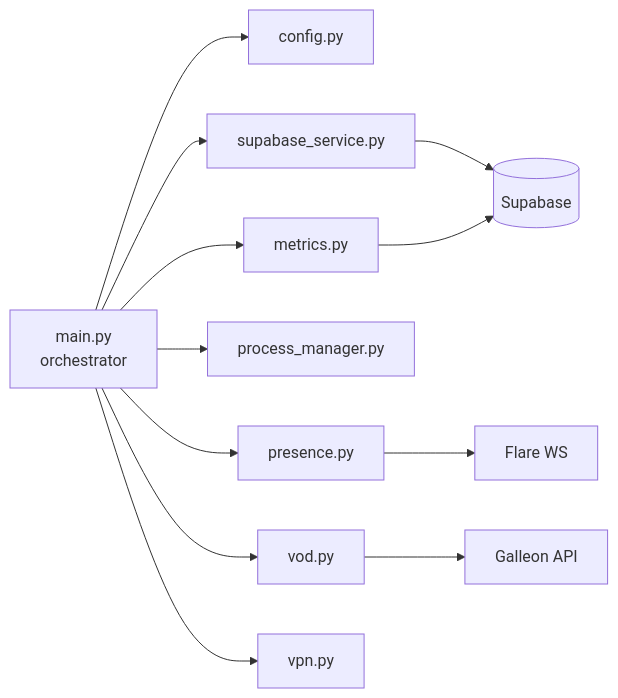
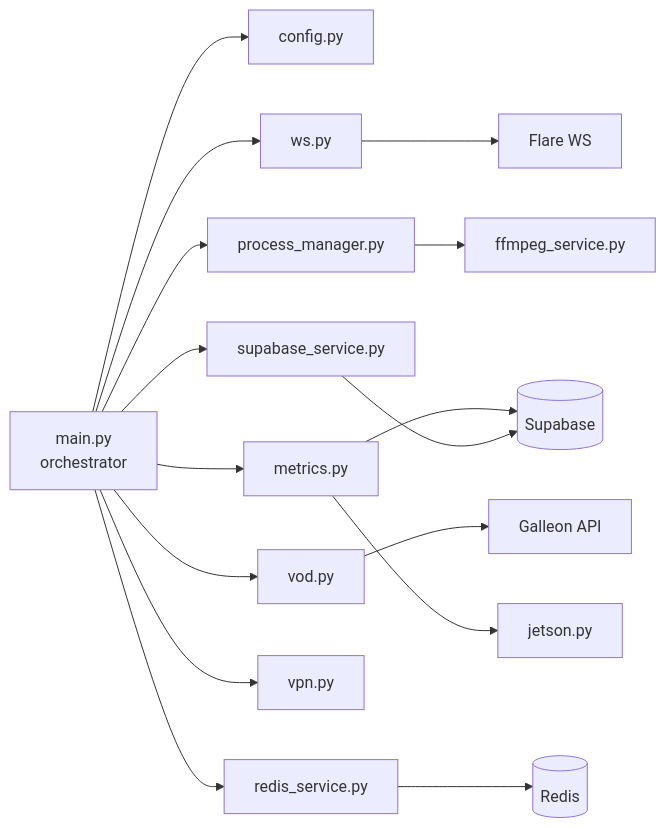
Before and after one commit to covenant-org/argus-one: the diagram in wiki/Vergil-Daemon-Modules.md, drawn with Mermaid. The commit also changed other lines of this file and 8 other files, not shown here.

````diff
--- a/wiki/Vergil-Daemon-Modules.md
+++ b/wiki/Vergil-Daemon-Modules.md
@@ -7,14 +7,18 @@
 ```mermaid
 flowchart LR
     MAIN[main.py<br/>orchestrator] --> CFG[config.py]
     MAIN --> SB[supabase_service.py]
-    MAIN --> PR[presence.py]
+    MAIN --> WS[ws.py]
     MAIN --> PM[process_manager.py]
     MAIN --> VOD[vod.py]
     MAIN --> MET[metrics.py]
     MAIN --> VPN[vpn.py]
+    MAIN --> REDIS[redis_service.py]
+    PM --> FF[ffmpeg_service.py]
+    MET --> JET[jetson.py]
     SB --> SUPA[(Supabase)]
-    PR --> FLARE[Flare WS]
+    WS --> FLARE[Flare WS]
     VOD --> API[Galleon API]
     MET --> SUPA
+    REDIS --> RD[(Redis)]
 ```
````
